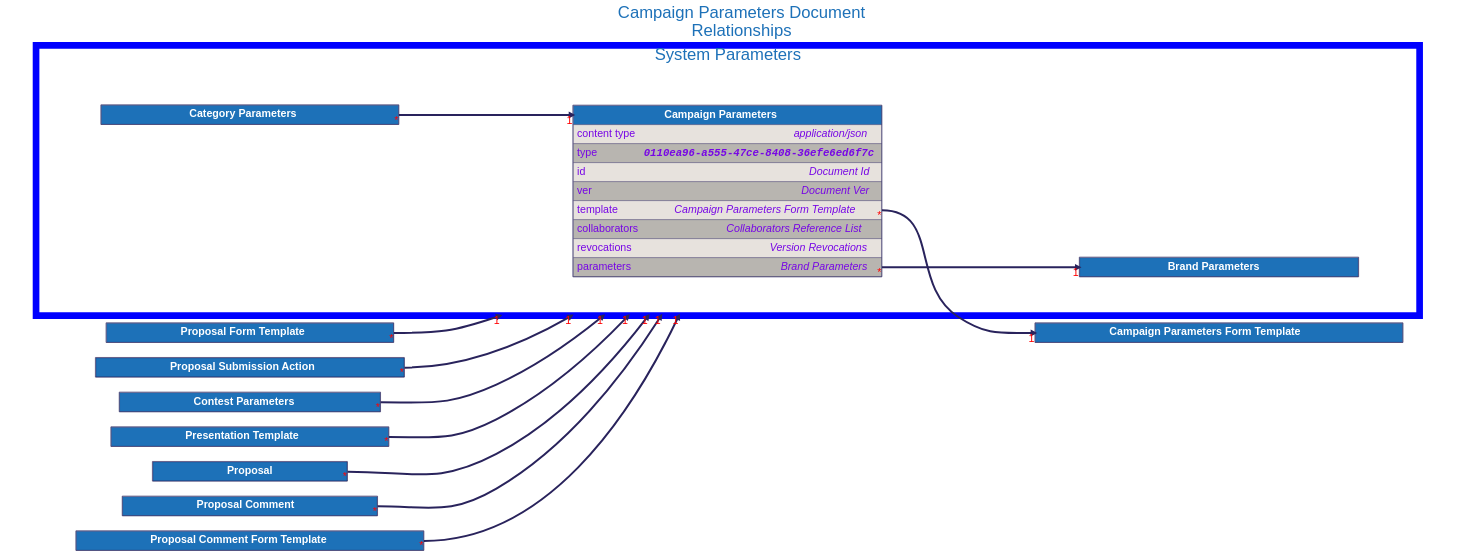
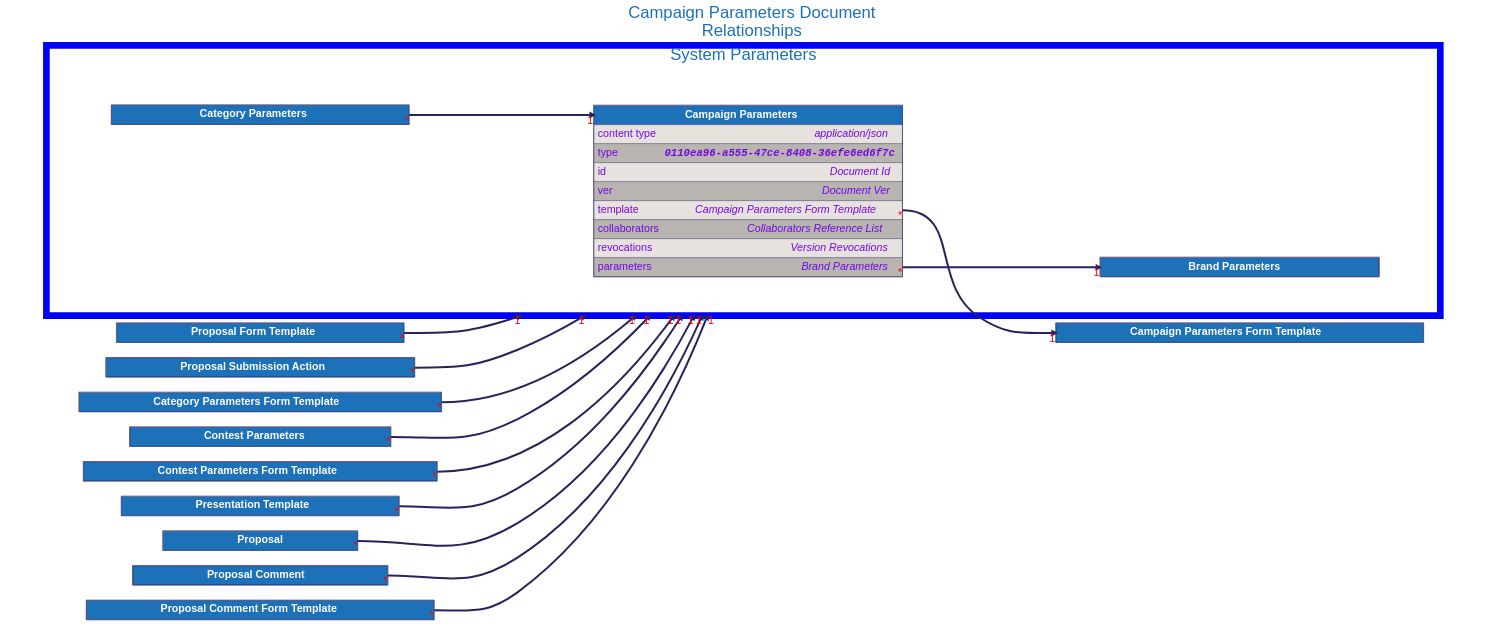
The diagram in docs/src/architecture/08_concepts/signed_doc/diagrams/campaign_parameters.dot (input-output-hk/catalyst-libs), drawn with Graphviz before and after one commit. The commit also changed 17 other files, not shown here.

Commit message:
fix(docs): Template refrences to parameters, and changes

```diff
--- a/docs/src/architecture/08_concepts/signed_doc/diagrams/campaign_parameters.dot
+++ b/docs/src/architecture/08_concepts/signed_doc/diagrams/campaign_parameters.dot
@@ -28,6 +28,21 @@
     ];
 
 
+    "Category Parameters Form Template" [
+        id="Category Parameters Form Template";
+        label=<
+            <TABLE BORDER="2" COLOR="#29235c" CELLBORDER="1" CELLSPACING="0" CELLPADDING="10">
+            <TR>
+                <TD PORT="title" BGCOLOR="#1d71b8" HREF="../category_parameters_form_template/">
+                    <FONT COLOR="#ffffff"><B> Category Parameters Form Template </B></FONT>
+                </TD>
+            </TR>
+
+            </TABLE>
+        >
+    ];
+
+
     "Contest Parameters" [
         id="Contest Parameters";
         label=<
@@ -35,6 +50,21 @@
             <TR>
                 <TD PORT="title" BGCOLOR="#1d71b8" HREF="../contest_parameters/">
                     <FONT COLOR="#ffffff"><B> Contest Parameters </B></FONT>
+                </TD>
+            </TR>
+
+            </TABLE>
+        >
+    ];
+
+
+    "Contest Parameters Form Template" [
+        id="Contest Parameters Form Template";
+        label=<
+            <TABLE BORDER="2" COLOR="#29235c" CELLBORDER="1" CELLSPACING="0" CELLPADDING="10">
+            <TR>
+                <TD PORT="title" BGCOLOR="#1d71b8" HREF="../contest_parameters_form_template/">
+                    <FONT COLOR="#ffffff"><B> Contest Parameters Form Template </B></FONT>
                 </TD>
             </TR>
 
@@ -267,7 +297,9 @@
     "Campaign Parameters":"template":e -> "Campaign Parameters Form Template":"title":w [dir=forward, penwidth=6, color="#29235c", headlabel="1", taillabel="*"]
     "Campaign Parameters":"parameters":e -> "Brand Parameters":"title":w [dir=forward, penwidth=6, color="#29235c", headlabel="1", taillabel="*"]
     "Category Parameters":"title":e -> "Campaign Parameters":"title":w [dir=forward, penwidth=6, color="#29235c", headlabel="1", taillabel="*"]
+    "Category Parameters Form Template":"title":e -> "Campaign Parameters" [dir=forward, penwidth=6, color="#29235c", headlabel="1", taillabel="*", lhead="cluster_system_parameters"]
     "Contest Parameters":"title":e -> "Campaign Parameters" [dir=forward, penwidth=6, color="#29235c", headlabel="1", taillabel="*", lhead="cluster_system_parameters"]
+    "Contest Parameters Form Template":"title":e -> "Campaign Parameters" [dir=forward, penwidth=6, color="#29235c", headlabel="1", taillabel="*", lhead="cluster_system_parameters"]
     "Presentation Template":"title":e -> "Campaign Parameters" [dir=forward, penwidth=6, color="#29235c", headlabel="1", taillabel="*", lhead="cluster_system_parameters"]
     "Proposal":"title":e -> "Campaign Parameters" [dir=forward, penwidth=6, color="#29235c", headlabel="1", taillabel="*", lhead="cluster_system_parameters"]
     "Proposal Comment":"title":e -> "Campaign Parameters" [dir=forward, penwidth=6, color="#29235c", headlabel="1", taillabel="*", lhead="cluster_system_parameters"]
```
